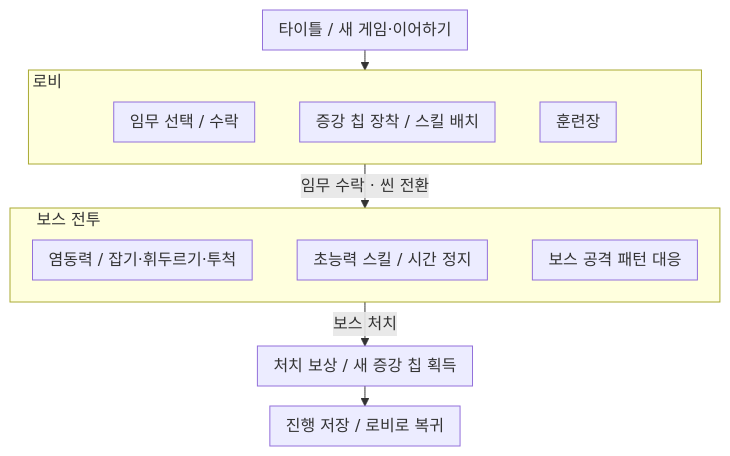
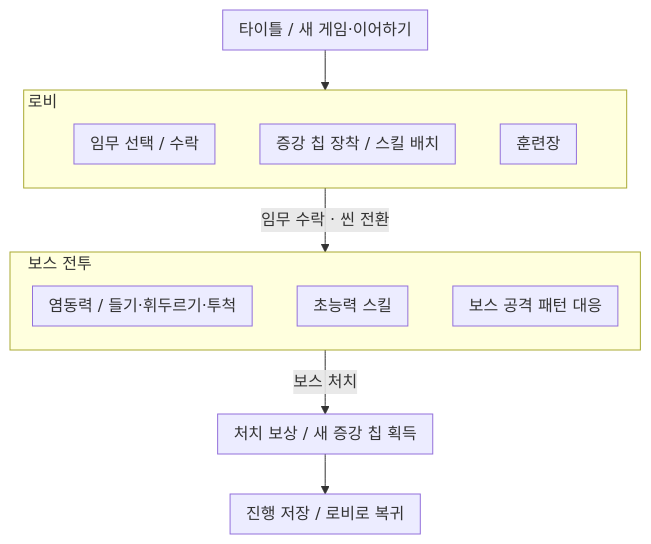
The first of 17 diagrams in src/1-ODDITY/TechDoc_ODDITY.md (keeeery/portfolio), drawn with Mermaid before and after one commit. The commit also changed other lines of this file and 46 other files, not shown here.

````diff
--- a/src/1-ODDITY/TechDoc_ODDITY.md
+++ b/src/1-ODDITY/TechDoc_ODDITY.md
@@ -33,20 +33,20 @@
 ```mermaid
-%%{init: {"flowchart": {"rankSpacing": 20, "nodeSpacing": 24, "padding": 8, "subGraphTitleMargin": {"top": 0, "bottom": 10}}}}%%
+%%{init: {"flowchart": {"rankSpacing": 20, "nodeSpacing": 28, "padding": 8, "subGraphTitleMargin": {"top": 0, "bottom": 10}}}}%%
 flowchart TB
-    Title[타이틀 / 새 게임·이어하기] --> LobbyOuter
+    Title[타이틀 / 새 게임·이어하기] ---> LobbyOuter
 
-    subgraph LobbyOuter["<div style='width:665px;'>로비</div>"]
+    subgraph LobbyOuter["<div style='width:595px;'>로비</div>"]
     direction LR
     Mission[임무 선택 / 수락] ~~~ Chips[증강 칩 장착 / 스킬 배치] ~~~ Train[훈련장]
     end
 
-    LobbyOuter -->|임무 수락 · 씬 전환| Outer
+    LobbyOuter --->|임무 수락 · 씬 전환| Outer
 
-    subgraph Outer["<div style='width:657px;'>보스 전투</div>"]
+    subgraph Outer["<div style='width:595px;'>보스 전투</div>"]
     direction LR
-    Psy[염동력 / 잡기·휘두르기·투척] ~~~ Skills[초능력 스킬 / 시간 정지] ~~~ Boss[보스 공격 패턴 대응]
+    Psy[염동력 / 들기·휘두르기·투척] ~~~ Skills[초능력 스킬] ~~~ Boss[보스 공격 패턴 대응]
     end
 
-    Outer -->|보스 처치| Reward[처치 보상 / 새 증강 칩 획득]
-    Reward --> Back[진행 저장 / 로비로 복귀]
+    Outer --->|보스 처치| Reward[처치 보상 / 새 증강 칩 획득]
+    Reward ---> Back[진행 저장 / 로비로 복귀]
 ```
````
